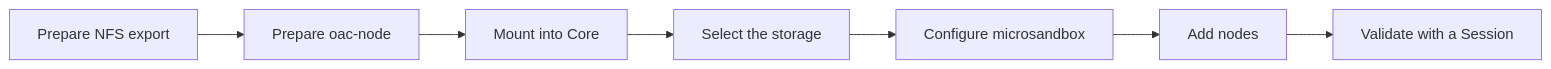
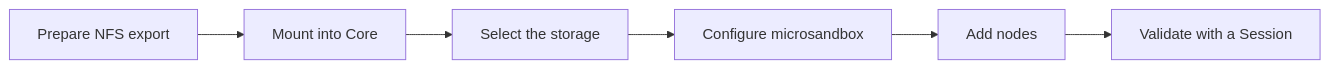
The diagram in docs/getting-started/workspace-storage.md (MiniMax-AI/OpenAgentCore), drawn with Mermaid before and after one commit. The commit also changed other lines of this file and 95 other files, not shown here.

````diff
--- a/docs/getting-started/workspace-storage.md
+++ b/docs/getting-started/workspace-storage.md
@@ -9,9 +9,8 @@
 ```mermaid
 flowchart LR
-  A[Prepare NFS export] --> B[Prepare oac-node]
-  B --> C[Mount into Core]
+  A[Prepare NFS export] --> C[Mount into Core]
   C --> D[Select the storage]
   D --> E[Configure microsandbox]
   E --> F[Add nodes]
   F --> G[Validate with a Session]
 ```
````
